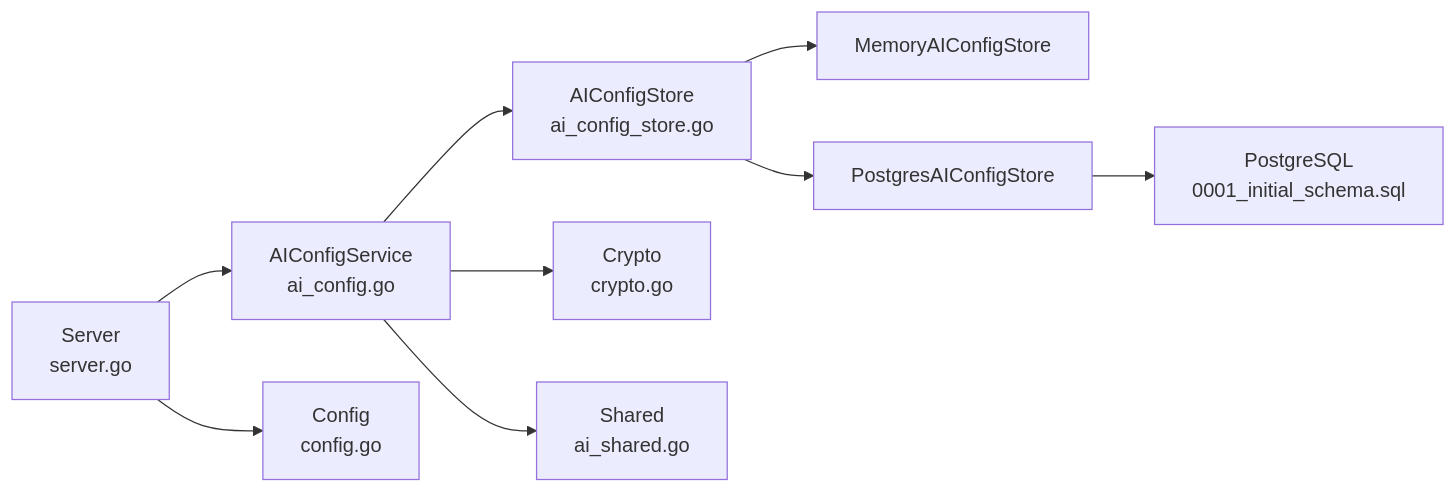
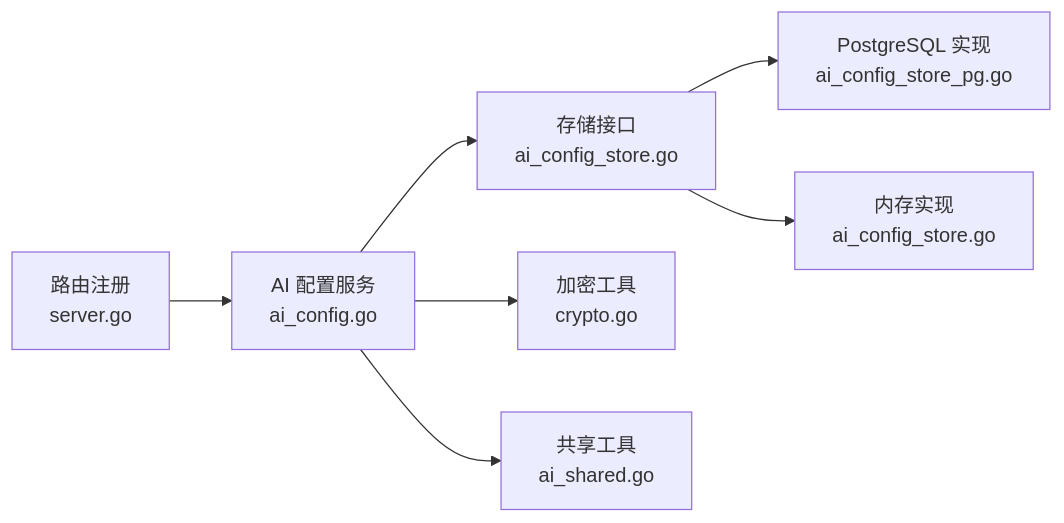
Before and after one commit to alvinwangzi/goodhr: the eighth of 8 diagrams in .qoder/repowiki/zh/content/云端后端服务/候选人处理系统/AI匹配评分/AI配置管理.md, drawn with Mermaid. The commit also changed other lines of this file and 149 other files, not shown here.

````diff
--- a/.qoder/repowiki/zh/content/云端后端服务/候选人处理系统/AI匹配评分/AI配置管理.md
+++ b/.qoder/repowiki/zh/content/云端后端服务/候选人处理系统/AI匹配评分/AI配置管理.md
@@ -297,11 +315,9 @@
 ```mermaid
 graph LR
-Server["Server<br/>server.go"] --> AISvc["AIConfigService<br/>ai_config.go"]
-Server --> Config["Config<br/>config.go"]
-AISvc --> StoreIF["AIConfigStore<br/>ai_config_store.go"]
-StoreIF --> Mem["MemoryAIConfigStore"]
-StoreIF --> PG["PostgresAIConfigStore"]
-PG --> DB["PostgreSQL<br/>0001_initial_schema.sql"]
-AISvc --> Crypto["Crypto<br/>crypto.go"]
-AISvc --> Shared["Shared<br/>ai_shared.go"]
+R["路由注册<br/>server.go"] --> A["AI 配置服务<br/>ai_config.go"]
+A --> I["存储接口<br/>ai_config_store.go"]
+I --> P["PostgreSQL 实现<br/>ai_config_store_pg.go"]
+I --> M["内存实现<br/>ai_config_store.go"]
+A --> C["加密工具<br/>crypto.go"]
+A --> U["共享工具<br/>ai_shared.go"]
 ```
````
